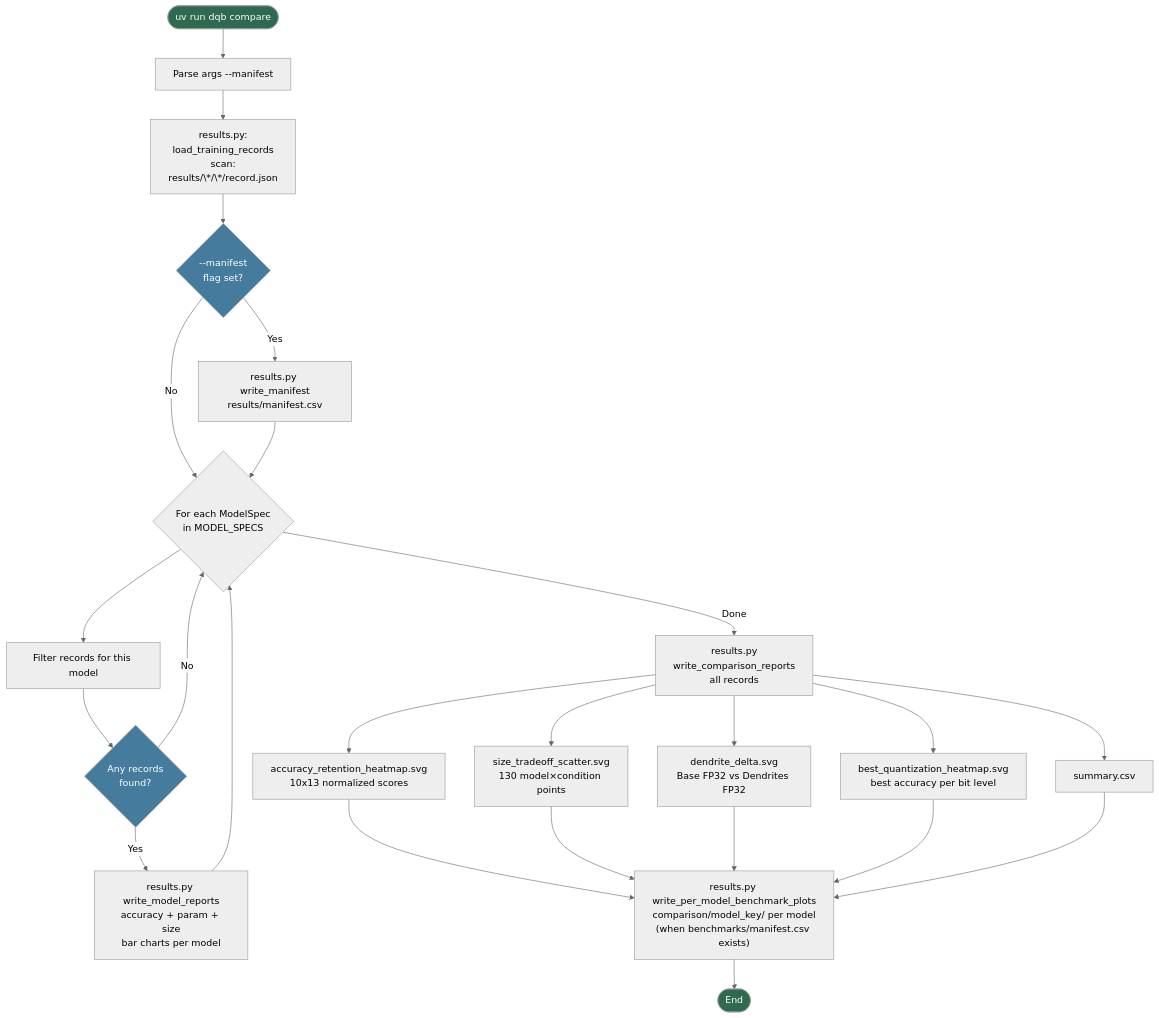
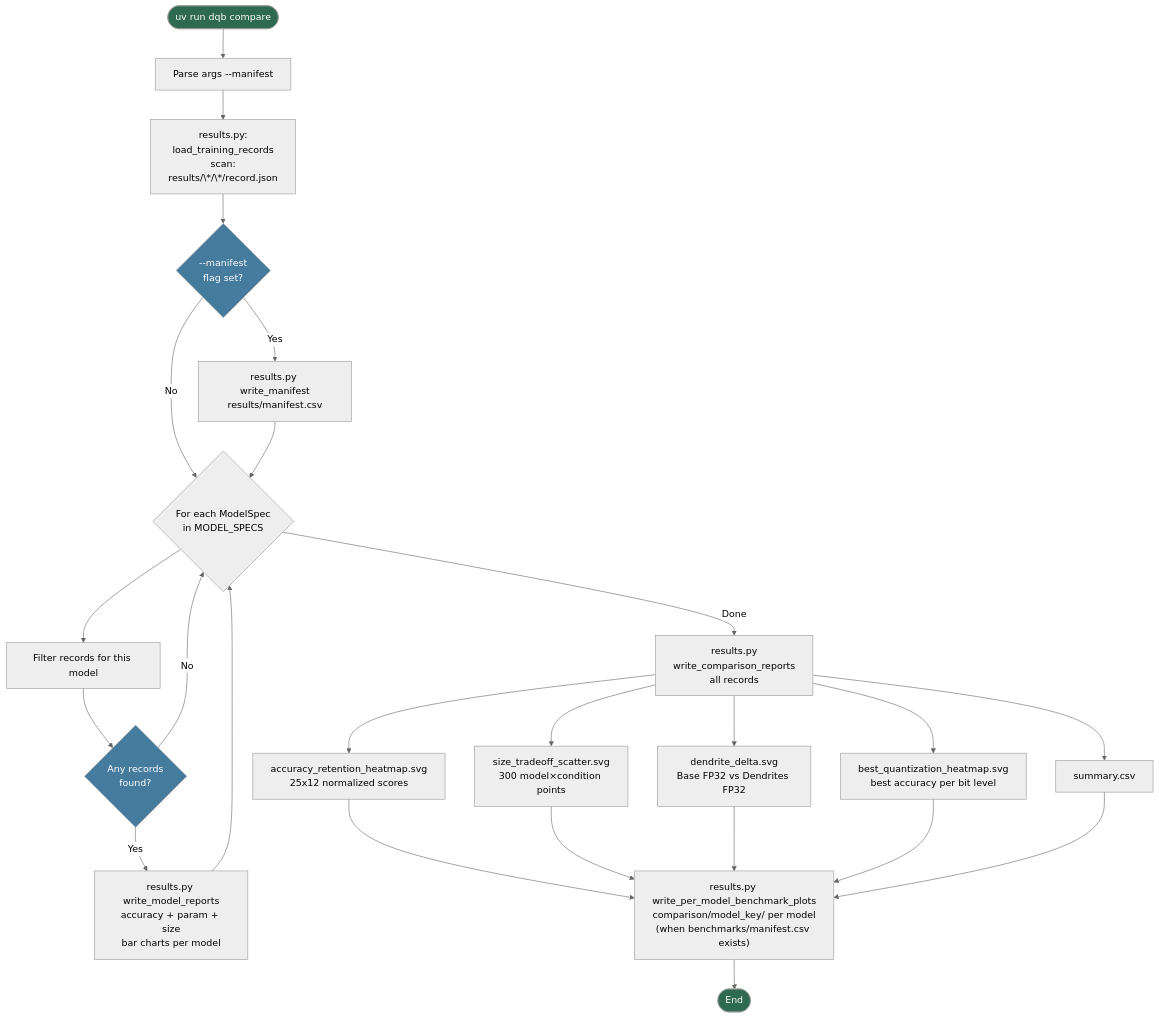
Before and after one commit to VG-Fish/PerforatedAI-Quantization-Experiment: the fourth of 7 diagrams in information/CLI_DIAGRAMS.md, drawn with Mermaid (neutral theme). The commit also changed 8 other files, not shown here.

````diff
--- a/information/CLI_DIAGRAMS.md
+++ b/information/CLI_DIAGRAMS.md
@@ -168,27 +168,27 @@
 ```mermaid
 flowchart TD
     A([uv run dqb compare]) --> B["Parse args --manifest"]
     B --> C["results.py:<br>load_training_records<br>scan:<br>results/\*/\*/record.json"]
     C --> D{"--manifest<br>flag set?"}
     D -->|Yes| E["results.py write_manifest<br>results/manifest.csv"]
     D -->|No| F{"For each ModelSpec<br>in MODEL_SPECS"}
     E --> F
     F --> G["Filter records for this model"]
     G --> H{"Any records<br>found?"}
     H -->|Yes| I["results.py write_model_reports<br>accuracy + param + size<br>bar charts per model"]
     H -->|No| F
     I --> F
     F -->|Done| J["results.py<br>write_comparison_reports<br>all records"]
-    J --> K["accuracy_retention_heatmap.svg<br>10x13 normalized scores"]
-    J --> L["size_tradeoff_scatter.svg<br>130 model×condition points"]
+    J --> K["accuracy_retention_heatmap.svg<br>25x12 normalized scores"]
+    J --> L["size_tradeoff_scatter.svg<br>300 model×condition points"]
     J --> M["dendrite_delta.svg<br>Base FP32 vs Dendrites FP32"]
     J --> N["best_quantization_heatmap.svg<br>best accuracy per bit level"]
     J --> O[summary.csv]
     K & L & M & N & O --> P["results.py write_per_model_benchmark_plots<br>comparison/model_key/ per model<br>(when benchmarks/manifest.csv exists)"]
     P --> ZZ([End])
 
     style A fill:#2d6a4f,color:#fff
     style ZZ fill:#2d6a4f,color:#fff
     style D fill:#457b9d,color:#fff
     style H fill:#457b9d,color:#fff
 ```
````
